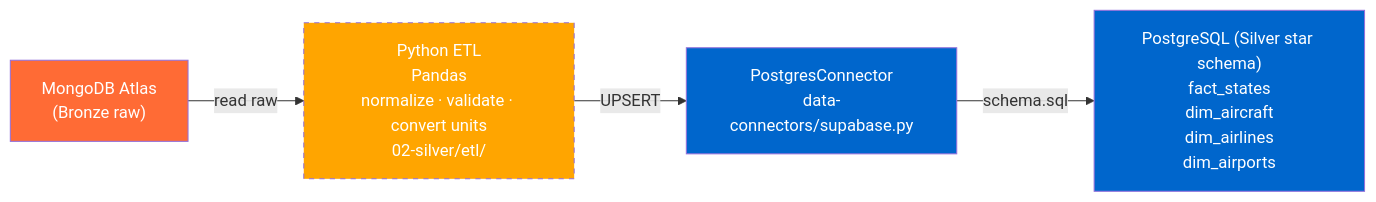
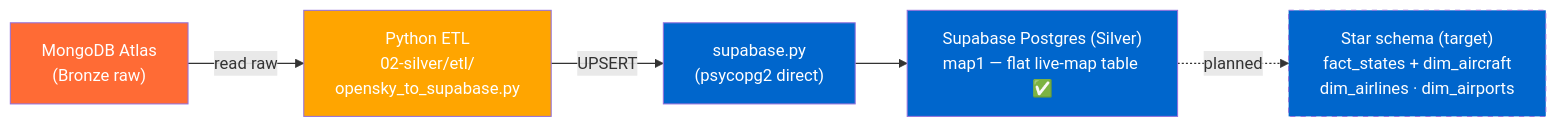
One commit to MatthiasSails/airline-data-platform changed the second of 6 diagrams in docs/architecture/README.md. Above: the diagram before and after it, drawn with Mermaid. The commit also changed other lines of this file and 3 other files, not shown here.

First line of the commit message:
Reconcile Silver docs with the map1 MVP reality

````diff
--- a/docs/architecture/README.md
+++ b/docs/architecture/README.md
@@ -65,14 +69,16 @@
 ```mermaid
 graph LR
     MDB["MongoDB Atlas<br/>(Bronze raw)"]
 
-    MDB -->|read raw| ETL["Python ETL<br/>Pandas<br/>normalize · validate · convert units<br/>02-silver/etl/"]
+    MDB -->|read raw| ETL["Python ETL<br/>02-silver/etl/<br/>opensky_to_supabase.py"]
 
-    ETL -->|UPSERT| CON["PostgresConnector<br/>data-connectors/supabase.py"]
-    CON -->|schema.sql| PG["PostgreSQL (Silver star schema)<br/>fact_states<br/>dim_aircraft<br/>dim_airlines<br/>dim_airports"]
+    ETL -->|UPSERT| CON["supabase.py<br/>(psycopg2 direct)"]
+    CON --> PG["Supabase Postgres (Silver)<br/>map1 — flat live-map table ✅"]
+    PG -.->|planned| STAR["Star schema (target)<br/>fact_states + dim_aircraft<br/>dim_airlines · dim_airports"]
 
     style MDB fill:#FF6B35,color:#fff
-    style ETL fill:#FFA500,color:#fff,stroke-dasharray:5 5
+    style ETL fill:#FFA500,color:#fff
     style CON fill:#0066CC,color:#fff
     style PG fill:#0066CC,color:#fff
+    style STAR fill:#0066CC,color:#fff,stroke-dasharray:5 5
 ```
````
